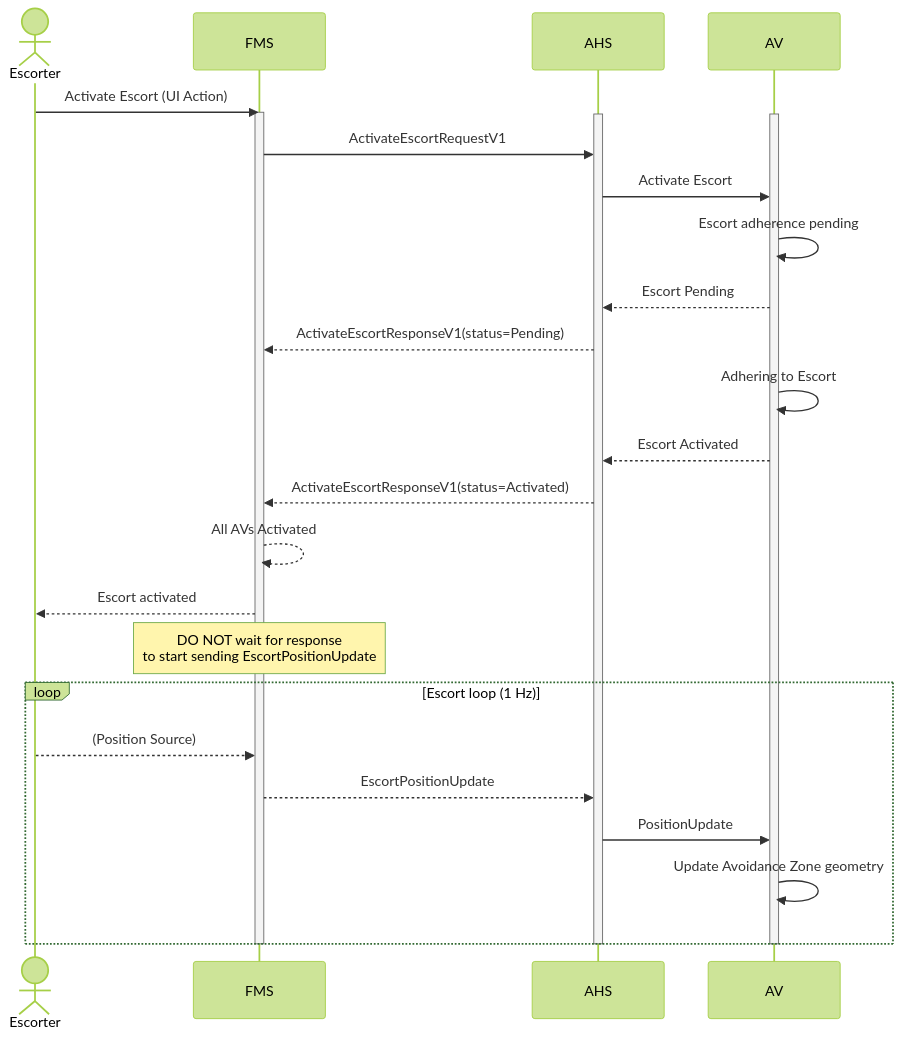
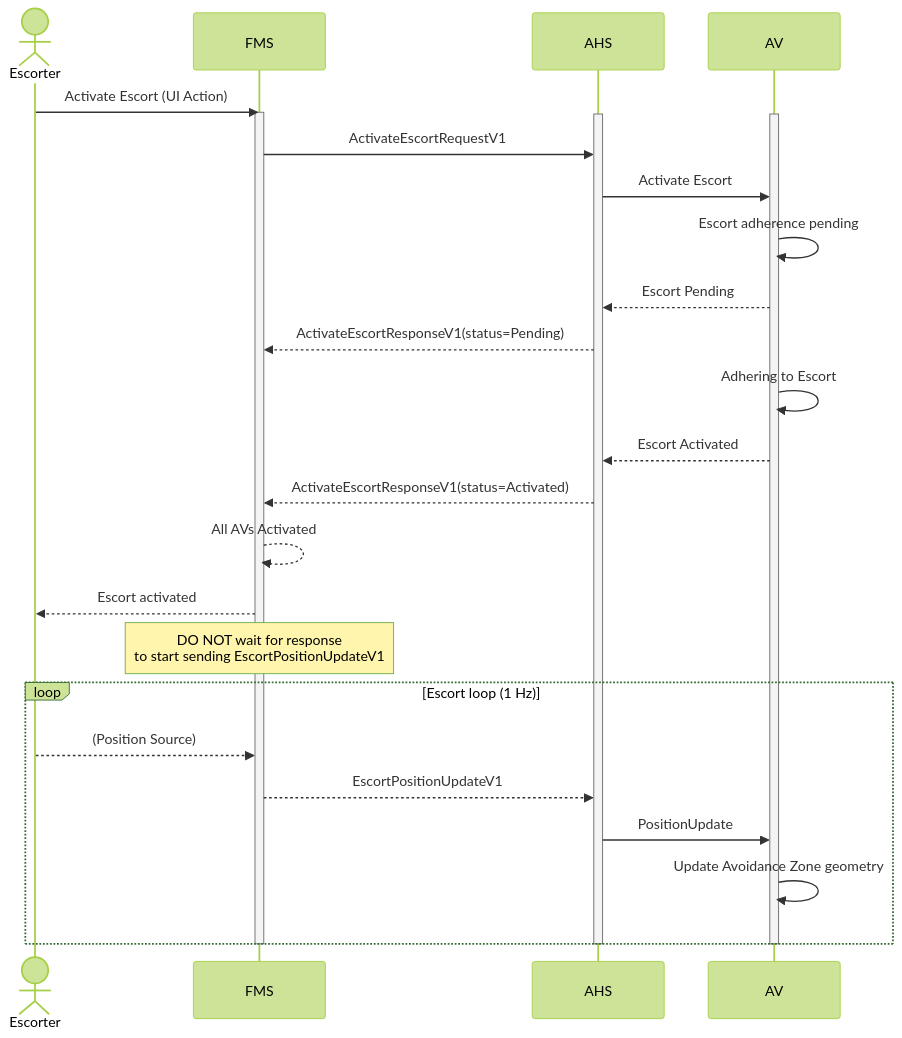
Before and after one commit to open-autonomy/escort: the first of 3 diagrams in diagram/EscortActivation.md, drawn with Mermaid (forest theme). The commit also changed 3 other files, not shown here.

Commit message:
Update all EscortPositionUpdate references to include 'V1'

````diff
--- a/diagram/EscortActivation.md
+++ b/diagram/EscortActivation.md
@@ -9,34 +9,34 @@
 ```mermaid
 sequenceDiagram
     actor Escorter
     participant FMS
     participant AHS
     participant AV
 
     Escorter->>FMS: Activate Escort (UI Action)
     activate FMS
     activate AHS
     activate AV
     FMS->>AHS: ActivateEscortRequestV1
     AHS->>AV: Activate Escort
     AV->>AV: Escort adherence pending
     AV-->>AHS: Escort Pending
     AHS-->>FMS: ActivateEscortResponseV1(status=Pending)
 
     AV->>AV: Adhering to Escort
     AV-->>AHS: Escort Activated
     AHS-->>FMS: ActivateEscortResponseV1(status=Activated)
     FMS-->>FMS: All AVs Activated
     FMS-->>Escorter: Escort activated
-    Note over FMS: DO NOT wait for response<br/>to start sending EscortPositionUpdate
+    Note over FMS: DO NOT wait for response<br/>to start sending EscortPositionUpdateV1
     loop Escort loop (1 Hz)
         Escorter-->>FMS: (Position Source)
-        FMS-->>AHS: EscortPositionUpdate
+        FMS-->>AHS: EscortPositionUpdateV1
         AHS->>AV: PositionUpdate
         AV->>AV: Update Avoidance Zone geometry
     end
     %% Deactivation flow moved to EscortDeactivation.md
     deactivate AV
     deactivate AHS
     deactivate FMS
 ```
````
